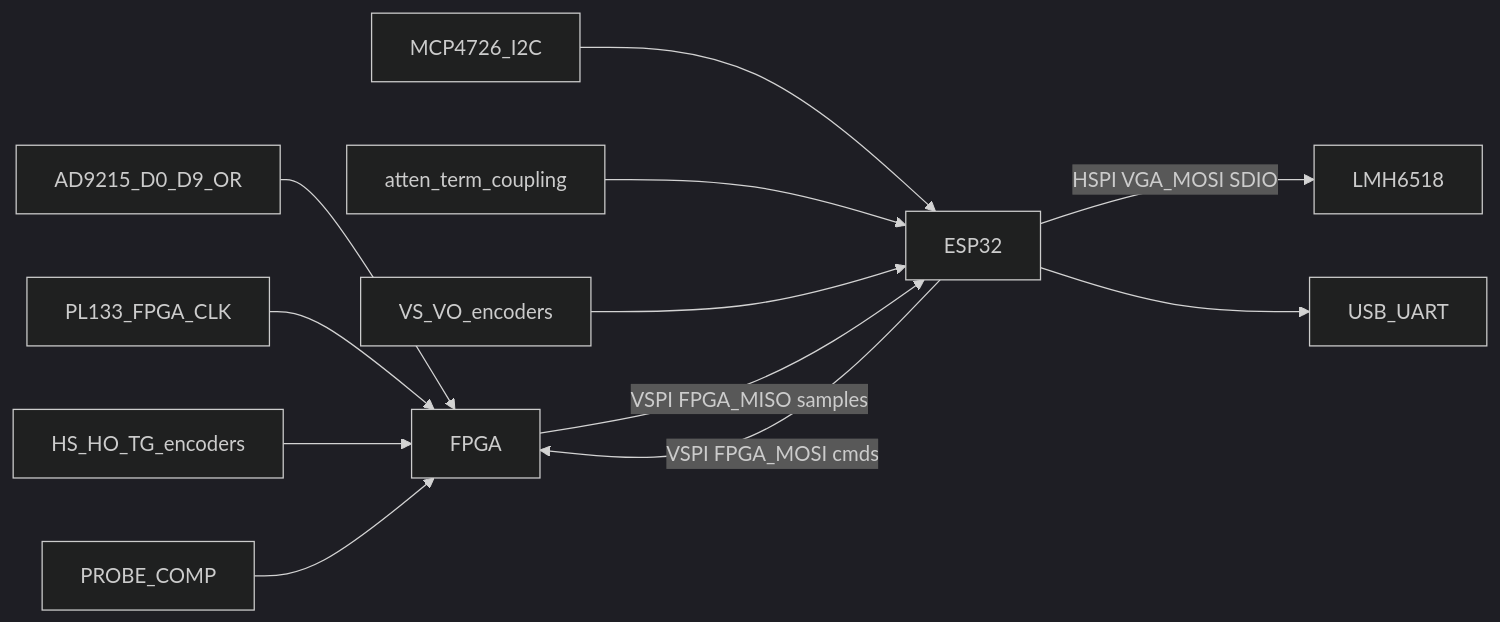
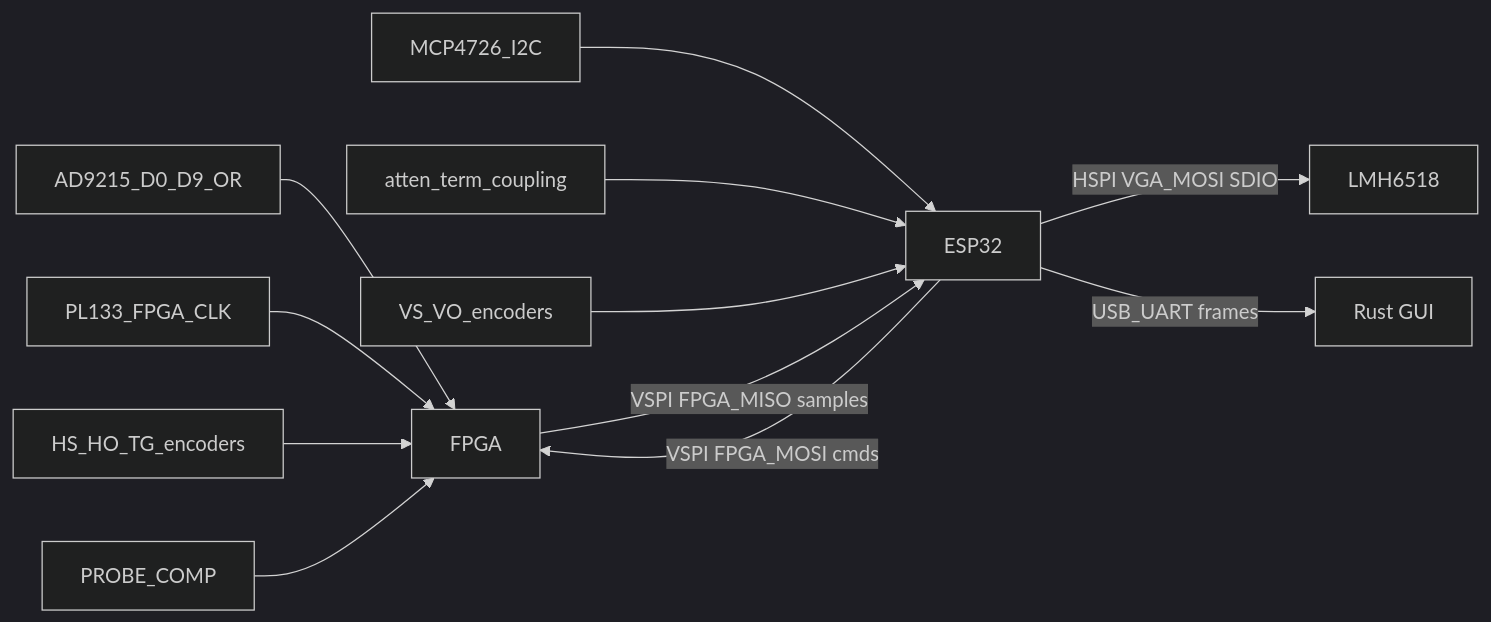
One commit to AveryLor/oscilloscope-dev changed the diagram in README.md. Above: the diagram before and after it, drawn with Mermaid (dark theme). The commit also changed other lines of this file and 23 other files, not shown here.

````diff
--- a/README.md
+++ b/README.md
@@ -14,14 +14,14 @@
 ```mermaid
 flowchart LR
   ADC[AD9215_D0_D9_OR] --> FPGA
   Clk[PL133_FPGA_CLK] --> FPGA
   EncH[HS_HO_TG_encoders] --> FPGA
   Probe[PROBE_COMP] --> FPGA
   ESP32 -->|"HSPI VGA_MOSI SDIO"| VGA[LMH6518]
   Dac[MCP4726_I2C] --> ESP32
   Relays[atten_term_coupling] --> ESP32
   EncV[VS_VO_encoders] --> ESP32
   ESP32 -->|"VSPI FPGA_MOSI cmds"| FPGA
   FPGA -->|"VSPI FPGA_MISO samples"| ESP32
-  ESP32 --> PC[USB_UART]
+  ESP32 -->|"USB_UART frames"| PC[Rust GUI]
 ```
````
